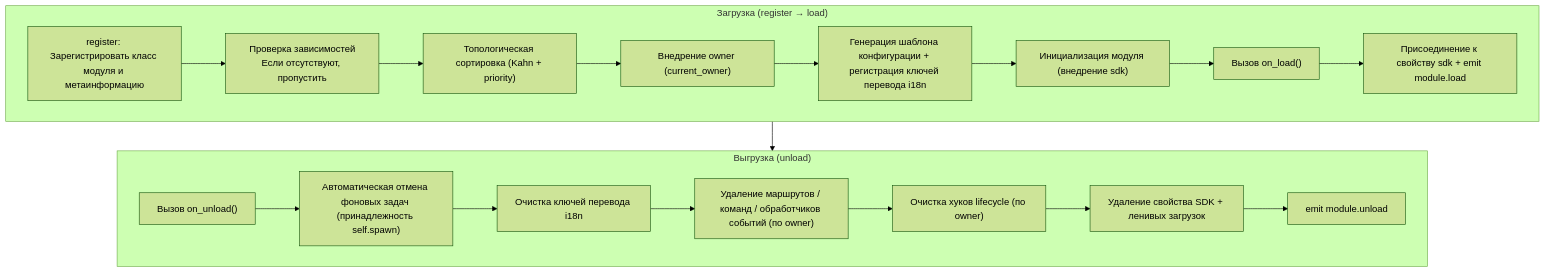
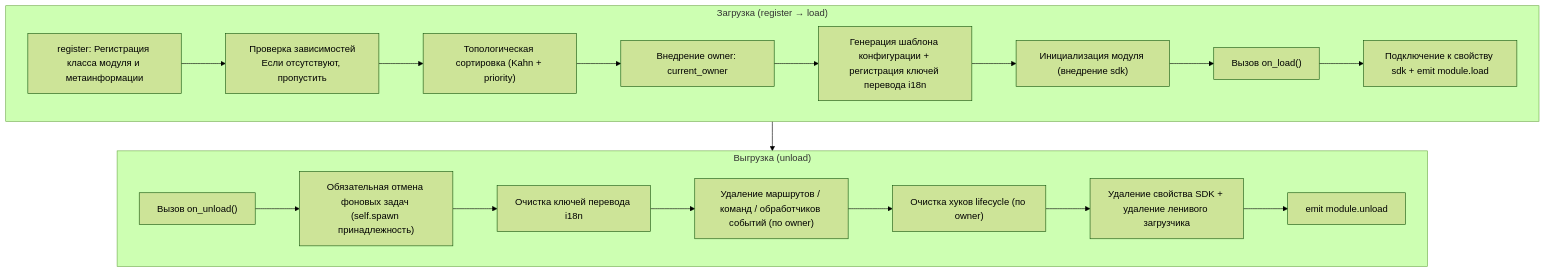
The diagram in docs/ru/developer-guide/modules/core-concepts.md (ErisPulse/ErisPulse), drawn with Mermaid (forest theme) before and after one commit. The commit also changed other lines of this file and 199 other files, not shown here.

````diff
--- a/docs/ru/developer-guide/modules/core-concepts.md
+++ b/docs/ru/developer-guide/modules/core-concepts.md
@@ -90,23 +93,23 @@
 ```mermaid
 flowchart TD
     subgraph Load["Загрузка (register → load)"]
-        L1["register: Зарегистрировать класс модуля и метаинформацию"] --> L2["Проверка зависимостей<br/>Если отсутствуют, пропустить"]
+        L1["register: Регистрация класса модуля и метаинформации"] --> L2["Проверка зависимостей<br/>Если отсутствуют, пропустить"]
         L2 --> L3["Топологическая сортировка (Kahn + priority)"]
-        L3 --> L4["Внедрение owner (current_owner)"]
+        L3 --> L4["Внедрение owner: current_owner"]
         L4 --> L5["Генерация шаблона конфигурации + регистрация ключей перевода i18n"]
         L5 --> L6["Инициализация модуля (внедрение sdk)"]
         L6 --> L7["Вызов on_load()"]
-        L7 --> L8["Присоединение к свойству sdk + emit module.load"]
+        L7 --> L8["Подключение к свойству sdk + emit module.load"]
     end
 
     subgraph Unload["Выгрузка (unload)"]
-        U1["Вызов on_unload()"] --> U2["Автоматическая отмена фоновых задач (принадлежность self.spawn)"]
+        U1["Вызов on_unload()"] --> U2["Обязательная отмена фоновых задач (self.spawn принадлежность)"]
         U2 --> U3["Очистка ключей перевода i18n"]
         U3 --> U4["Удаление маршрутов / команд / обработчиков событий (по owner)"]
         U4 --> U5["Очистка хуков lifecycle (по owner)"]
-        U5 --> U6["Удаление свойства SDK + ленивых загрузок"]
+        U5 --> U6["Удаление свойства SDK + удаление ленивого загрузчика"]
         U6 --> U7["emit module.unload"]
     end
 
     Load --> Unload
 ```
````
